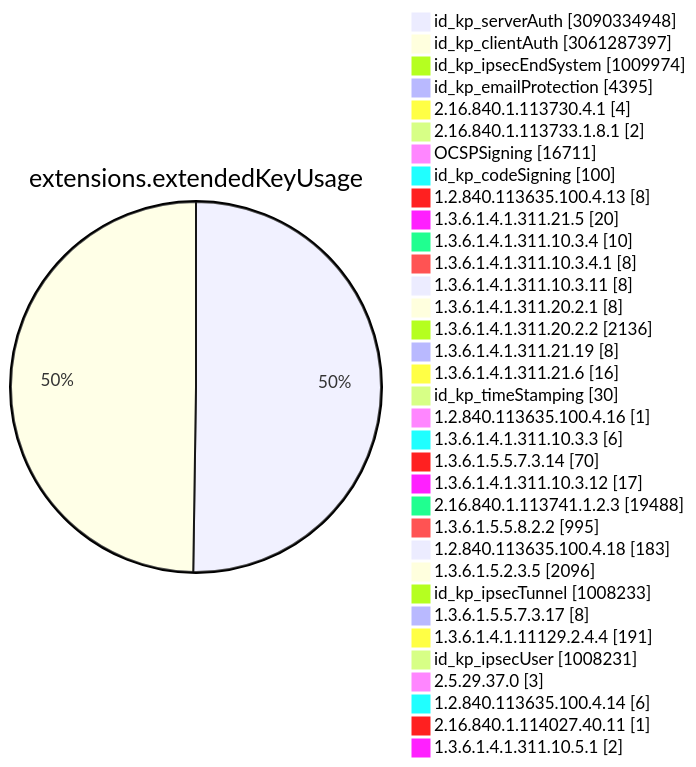
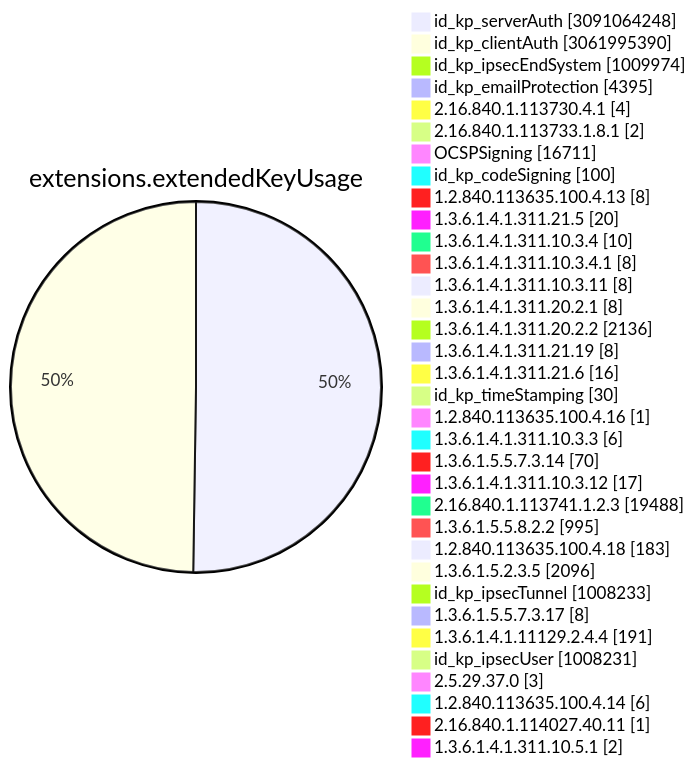
One commit to christiankrug/ctmonitor_visualization changed diagram 11 of 15 in TOTAL/README.md. Above: the diagram before and after it, drawn with Mermaid. The commit also changed other lines of this file, not shown here.

````diff
--- a/TOTAL/README.md
+++ b/TOTAL/README.md
@@ -4119,38 +4119,38 @@
 ```mermaid
 pie showData
 title extensions.extendedKeyUsage
-"id_kp_serverAuth" :3090334948
-"id_kp_clientAuth" :3061287397
+"id_kp_serverAuth" :3091064248
+"id_kp_clientAuth" :3061995390
 "id_kp_ipsecEndSystem" :1009974
 "id_kp_emailProtection" :4395
 "2.16.840.1.113730.4.1" :4
 "2.16.840.1.113733.1.8.1" :2
 "OCSPSigning" :16711
 "id_kp_codeSigning" :100
 "1.2.840.113635.100.4.13" :8
 "1.3.6.1.4.1.311.21.5" :20
 "1.3.6.1.4.1.311.10.3.4" :10
 "1.3.6.1.4.1.311.10.3.4.1" :8
 "1.3.6.1.4.1.311.10.3.11" :8
 "1.3.6.1.4.1.311.20.2.1" :8
 "1.3.6.1.4.1.311.20.2.2" :2136
 "1.3.6.1.4.1.311.21.19" :8
 "1.3.6.1.4.1.311.21.6" :16
 "id_kp_timeStamping" :30
 "1.2.840.113635.100.4.16" :1
 "1.3.6.1.4.1.311.10.3.3" :6
 "1.3.6.1.5.5.7.3.14" :70
 "1.3.6.1.4.1.311.10.3.12" :17
 "2.16.840.1.113741.1.2.3" :19488
 "1.3.6.1.5.5.8.2.2" :995
 "1.2.840.113635.100.4.18" :183
 "1.3.6.1.5.2.3.5" :2096
 "id_kp_ipsecTunnel" :1008233
 "1.3.6.1.5.5.7.3.17" :8
 "1.3.6.1.4.1.11129.2.4.4" :191
 "id_kp_ipsecUser" :1008231
 "2.5.29.37.0" :3
 "1.2.840.113635.100.4.14" :6
 "2.16.840.1.114027.40.11" :1
 "1.3.6.1.4.1.311.10.5.1" :2
 ```
````
